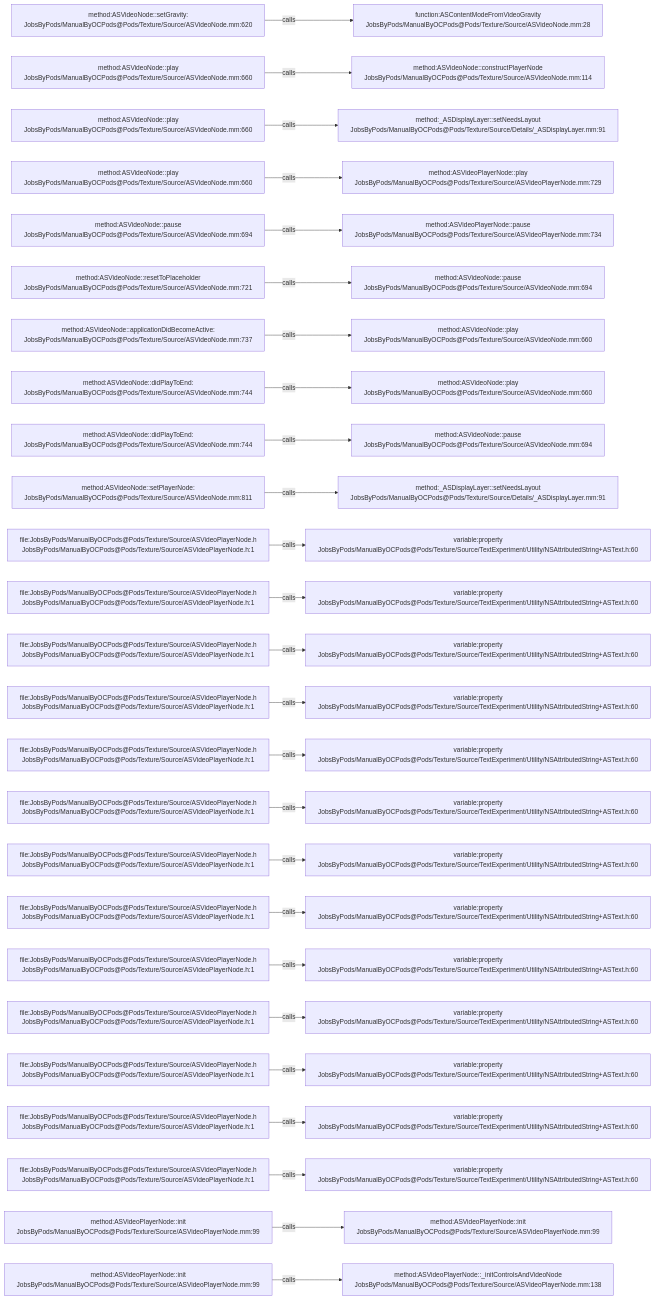
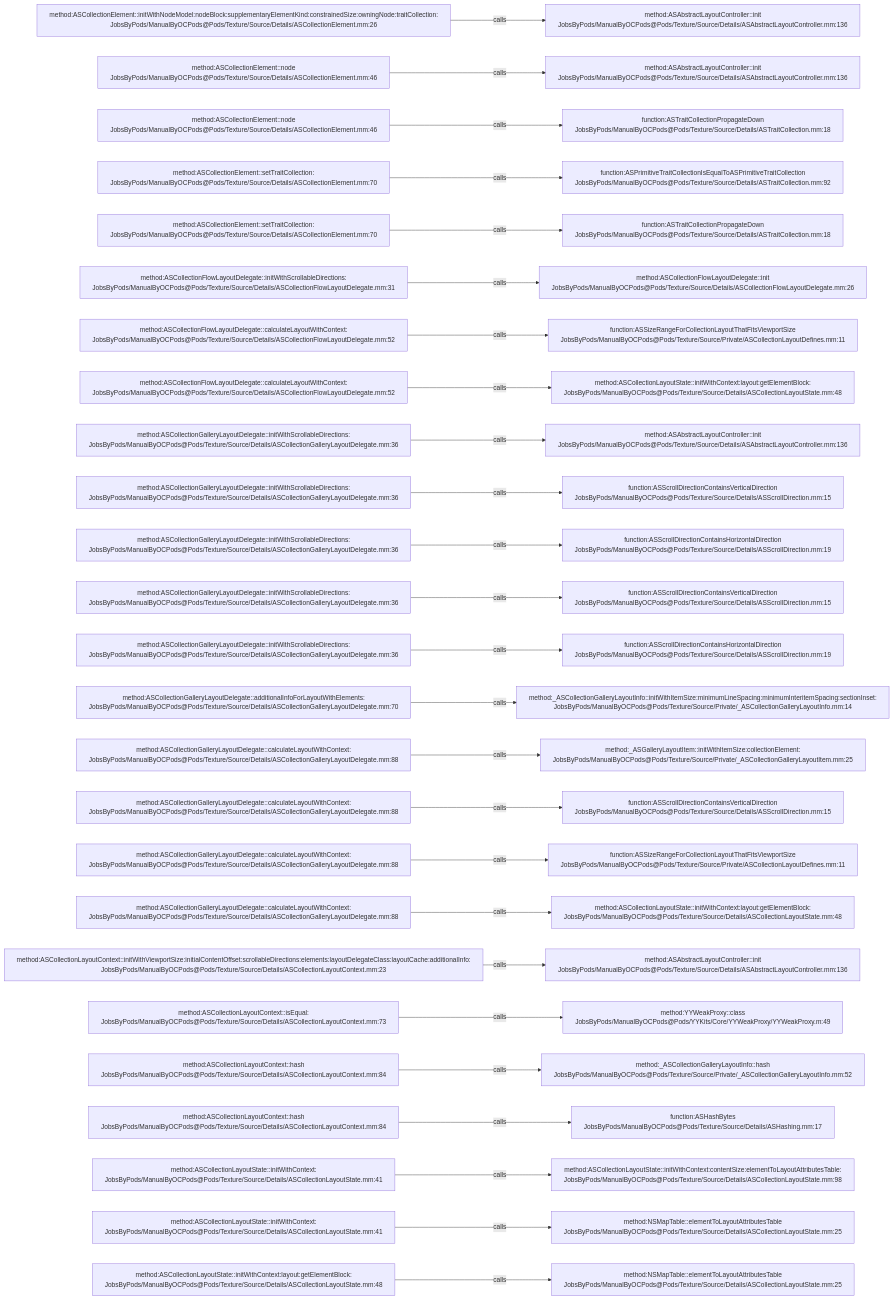
Before and after one commit to JobsKits/JobsOCBaseConfigDemo: the diagram in .codegraph/codegraph.md/graphs/calls-136.md, drawn with Mermaid. The commit also changed 2723 other files, not shown here.

````diff
--- a/.codegraph/codegraph.md/graphs/calls-136.md
+++ b/.codegraph/codegraph.md/graphs/calls-136.md
@@ -13,78 +13,78 @@
 ```mermaid
 flowchart LR
-  S1["method:ASVideoNode::setGravity:<br/>JobsByPods/ManualByOCPods@Pods/Texture/Source/ASVideoNode.mm:620"]
-  T1["function:ASContentModeFromVideoGravity<br/>JobsByPods/ManualByOCPods@Pods/Texture/Source/ASVideoNode.mm:28"]
+  S1["method:ASCollectionElement::initWithNodeModel:nodeBlock:supplementaryElementKind:constrainedSize:owningNode:traitCollection:<br/>JobsByPods/ManualByOCPods@Pods/Texture/Source/Details/ASCollectionElement.mm:26"]
+  T1["method:ASAbstractLayoutController::init<br/>JobsByPods/ManualByOCPods@Pods/Texture/Source/Details/ASAbstractLayoutController.mm:136"]
   S1 -->|calls| T1
-  S2["method:ASVideoNode::play<br/>JobsByPods/ManualByOCPods@Pods/Texture/Source/ASVideoNode.mm:660"]
-  T2["method:ASVideoNode::constructPlayerNode<br/>JobsByPods/ManualByOCPods@Pods/Texture/Source/ASVideoNode.mm:114"]
+  S2["method:ASCollectionElement::node<br/>JobsByPods/ManualByOCPods@Pods/Texture/Source/Details/ASCollectionElement.mm:46"]
+  T2["method:ASAbstractLayoutController::init<br/>JobsByPods/ManualByOCPods@Pods/Texture/Source/Details/ASAbstractLayoutController.mm:136"]
   S2 -->|calls| T2
-  S3["method:ASVideoNode::play<br/>JobsByPods/ManualByOCPods@Pods/Texture/Source/ASVideoNode.mm:660"]
-  T3["method:_ASDisplayLayer::setNeedsLayout<br/>JobsByPods/ManualByOCPods@Pods/Texture/Source/Details/_ASDisplayLayer.mm:91"]
+  S3["method:ASCollectionElement::node<br/>JobsByPods/ManualByOCPods@Pods/Texture/Source/Details/ASCollectionElement.mm:46"]
+  T3["function:ASTraitCollectionPropagateDown<br/>JobsByPods/ManualByOCPods@Pods/Texture/Source/Details/ASTraitCollection.mm:18"]
   S3 -->|calls| T3
-  S4["method:ASVideoNode::play<br/>JobsByPods/ManualByOCPods@Pods/Texture/Source/ASVideoNode.mm:660"]
-  T4["method:ASVideoPlayerNode::play<br/>JobsByPods/ManualByOCPods@Pods/Texture/Source/ASVideoPlayerNode.mm:729"]
+  S4["method:ASCollectionElement::setTraitCollection:<br/>JobsByPods/ManualByOCPods@Pods/Texture/Source/Details/ASCollectionElement.mm:70"]
+  T4["function:ASPrimitiveTraitCollectionIsEqualToASPrimitiveTraitCollection<br/>JobsByPods/ManualByOCPods@Pods/Texture/Source/Details/ASTraitCollection.mm:92"]
   S4 -->|calls| T4
-  S5["method:ASVideoNode::pause<br/>JobsByPods/ManualByOCPods@Pods/Texture/Source/ASVideoNode.mm:694"]
-  T5["method:ASVideoPlayerNode::pause<br/>JobsByPods/ManualByOCPods@Pods/Texture/Source/ASVideoPlayerNode.mm:734"]
+  S5["method:ASCollectionElement::setTraitCollection:<br/>JobsByPods/ManualByOCPods@Pods/Texture/Source/Details/ASCollectionElement.mm:70"]
+  T5["function:ASTraitCollectionPropagateDown<br/>JobsByPods/ManualByOCPods@Pods/Texture/Source/Details/ASTraitCollection.mm:18"]
   S5 -->|calls| T5
-  S6["method:ASVideoNode::resetToPlaceholder<br/>JobsByPods/ManualByOCPods@Pods/Texture/Source/ASVideoNode.mm:721"]
-  T6["method:ASVideoNode::pause<br/>JobsByPods/ManualByOCPods@Pods/Texture/Source/ASVideoNode.mm:694"]
+  S6["method:ASCollectionFlowLayoutDelegate::initWithScrollableDirections:<br/>JobsByPods/ManualByOCPods@Pods/Texture/Source/Details/ASCollectionFlowLayoutDelegate.mm:31"]
+  T6["method:ASCollectionFlowLayoutDelegate::init<br/>JobsByPods/ManualByOCPods@Pods/Texture/Source/Details/ASCollectionFlowLayoutDelegate.mm:26"]
   S6 -->|calls| T6
-  S7["method:ASVideoNode::applicationDidBecomeActive:<br/>JobsByPods/ManualByOCPods@Pods/Texture/Source/ASVideoNode.mm:737"]
-  T7["method:ASVideoNode::play<br/>JobsByPods/ManualByOCPods@Pods/Texture/Source/ASVideoNode.mm:660"]
+  S7["method:ASCollectionFlowLayoutDelegate::calculateLayoutWithContext:<br/>JobsByPods/ManualByOCPods@Pods/Texture/Source/Details/ASCollectionFlowLayoutDelegate.mm:52"]
+  T7["function:ASSizeRangeForCollectionLayoutThatFitsViewportSize<br/>JobsByPods/ManualByOCPods@Pods/Texture/Source/Private/ASCollectionLayoutDefines.mm:11"]
   S7 -->|calls| T7
-  S8["method:ASVideoNode::didPlayToEnd:<br/>JobsByPods/ManualByOCPods@Pods/Texture/Source/ASVideoNode.mm:744"]
-  T8["method:ASVideoNode::play<br/>JobsByPods/ManualByOCPods@Pods/Texture/Source/ASVideoNode.mm:660"]
+  S8["method:ASCollectionFlowLayoutDelegate::calculateLayoutWithContext:<br/>JobsByPods/ManualByOCPods@Pods/Texture/Source/Details/ASCollectionFlowLayoutDelegate.mm:52"]
+  T8["method:ASCollectionLayoutState::initWithContext:layout:getElementBlock:<br/>JobsByPods/ManualByOCPods@Pods/Texture/Source/Details/ASCollectionLayoutState.mm:48"]
   S8 -->|calls| T8
-  S9["method:ASVideoNode::didPlayToEnd:<br/>JobsByPods/ManualByOCPods@Pods/Texture/Source/ASVideoNode.mm:744"]
-  T9["method:ASVideoNode::pause<br/>JobsByPods/ManualByOCPods@Pods/Texture/Source/ASVideoNode.mm:694"]
+  S9["method:ASCollectionGalleryLayoutDelegate::initWithScrollableDirections:<br/>JobsByPods/ManualByOCPods@Pods/Texture/Source/Details/ASCollectionGalleryLayoutDelegate.mm:36"]
+  T9["method:ASAbstractLayoutController::init<br/>JobsByPods/ManualByOCPods@Pods/Texture/Source/Details/ASAbstractLayoutController.mm:136"]
   S9 -->|calls| T9
-  S10["method:ASVideoNode::setPlayerNode:<br/>JobsByPods/ManualByOCPods@Pods/Texture/Source/ASVideoNode.mm:811"]
-  T10["method:_ASDisplayLayer::setNeedsLayout<br/>JobsByPods/ManualByOCPods@Pods/Texture/Source/Details/_ASDisplayLayer.mm:91"]
+  S10["method:ASCollectionGalleryLayoutDelegate::initWithScrollableDirections:<br/>JobsByPods/ManualByOCPods@Pods/Texture/Source/Details/ASCollectionGalleryLayoutDelegate.mm:36"]
+  T10["function:ASScrollDirectionContainsVerticalDirection<br/>JobsByPods/ManualByOCPods@Pods/Texture/Source/Details/ASScrollDirection.mm:15"]
   S10 -->|calls| T10
-  S11["file:JobsByPods/ManualByOCPods@Pods/Texture/Source/ASVideoPlayerNode.h<br/>JobsByPods/ManualByOCPods@Pods/Texture/Source/ASVideoPlayerNode.h:1"]
-  T11["variable:property<br/>JobsByPods/ManualByOCPods@Pods/Texture/Source/TextExperiment/Utility/NSAttributedString+ASText.h:60"]
+  S11["method:ASCollectionGalleryLayoutDelegate::initWithScrollableDirections:<br/>JobsByPods/ManualByOCPods@Pods/Texture/Source/Details/ASCollectionGalleryLayoutDelegate.mm:36"]
+  T11["function:ASScrollDirectionContainsHorizontalDirection<br/>JobsByPods/ManualByOCPods@Pods/Texture/Source/Details/ASScrollDirection.mm:19"]
   S11 -->|calls| T11
-  S12["file:JobsByPods/ManualByOCPods@Pods/Texture/Source/ASVideoPlayerNode.h<br/>JobsByPods/ManualByOCPods@Pods/Texture/Source/ASVideoPlayerNode.h:1"]
-  T12["variable:property<br/>JobsByPods/ManualByOCPods@Pods/Texture/Source/TextExperiment/Utility/NSAttributedString+ASText.h:60"]
+  S12["method:ASCollectionGalleryLayoutDelegate::initWithScrollableDirections:<br/>JobsByPods/ManualByOCPods@Pods/Texture/Source/Details/ASCollectionGalleryLayoutDelegate.mm:36"]
+  T12["function:ASScrollDirectionContainsVerticalDirection<br/>JobsByPods/ManualByOCPods@Pods/Texture/Source/Details/ASScrollDirection.mm:15"]
   S12 -->|calls| T12
-  S13["file:JobsByPods/ManualByOCPods@Pods/Texture/Source/ASVideoPlayerNode.h<br/>JobsByPods/ManualByOCPods@Pods/Texture/Source/ASVideoPlayerNode.h:1"]
-  T13["variable:property<br/>JobsByPods/ManualByOCPods@Pods/Texture/Source/TextExperiment/Utility/NSAttributedString+ASText.h:60"]
+  S13["method:ASCollectionGalleryLayoutDelegate::initWithScrollableDirections:<br/>JobsByPods/ManualByOCPods@Pods/Texture/Source/Details/ASCollectionGalleryLayoutDelegate.mm:36"]
+  T13["function:ASScrollDirectionContainsHorizontalDirection<br/>JobsByPods/ManualByOCPods@Pods/Texture/Source/Details/ASScrollDirection.mm:19"]
   S13 -->|calls| T13
-  S14["file:JobsByPods/ManualByOCPods@Pods/Texture/Source/ASVideoPlayerNode.h<br/>JobsByPods/ManualByOCPods@Pods/Texture/Source/ASVideoPlayerNode.h:1"]
-  T14["variable:property<br/>JobsByPods/ManualByOCPods@Pods/Texture/Source/TextExperiment/Utility/NSAttributedString+ASText.h:60"]
+  S14["method:ASCollectionGalleryLayoutDelegate::additionalInfoForLayoutWithElements:<br/>JobsByPods/ManualByOCPods@Pods/Texture/Source/Details/ASCollectionGalleryLayoutDelegate.mm:70"]
+  T14["method:_ASCollectionGalleryLayoutInfo::initWithItemSize:minimumLineSpacing:minimumInteritemSpacing:sectionInset:<br/>JobsByPods/ManualByOCPods@Pods/Texture/Source/Private/_ASCollectionGalleryLayoutInfo.mm:14"]
   S14 -->|calls| T14
-  S15["file:JobsByPods/ManualByOCPods@Pods/Texture/Source/ASVideoPlayerNode.h<br/>JobsByPods/ManualByOCPods@Pods/Texture/Source/ASVideoPlayerNode.h:1"]
-  T15["variable:property<br/>JobsByPods/ManualByOCPods@Pods/Texture/Source/TextExperiment/Utility/NSAttributedString+ASText.h:60"]
+  S15["method:ASCollectionGalleryLayoutDelegate::calculateLayoutWithContext:<br/>JobsByPods/ManualByOCPods@Pods/Texture/Source/Details/ASCollectionGalleryLayoutDelegate.mm:88"]
+  T15["method:_ASGalleryLayoutItem::initWithItemSize:collectionElement:<br/>JobsByPods/ManualByOCPods@Pods/Texture/Source/Private/_ASCollectionGalleryLayoutItem.mm:25"]
   S15 -->|calls| T15
-  S16["file:JobsByPods/ManualByOCPods@Pods/Texture/Source/ASVideoPlayerNode.h<br/>JobsByPods/ManualByOCPods@Pods/Texture/Source/ASVideoPlayerNode.h:1"]
-  T16["variable:property<br/>JobsByPods/ManualByOCPods@Pods/Texture/Source/TextExperiment/Utility/NSAttributedString+ASText.h:60"]
+  S16["method:ASCollectionGalleryLayoutDelegate::calculateLayoutWithContext:<br/>JobsByPods/ManualByOCPods@Pods/Texture/Source/Details/ASCollectionGalleryLayoutDelegate.mm:88"]
+  T16["function:ASScrollDirectionContainsVerticalDirection<br/>JobsByPods/ManualByOCPods@Pods/Texture/Source/Details/ASScrollDirection.mm:15"]
   S16 -->|calls| T16
-  S17["file:JobsByPods/ManualByOCPods@Pods/Texture/Source/ASVideoPlayerNode.h<br/>JobsByPods/ManualByOCPods@Pods/Texture/Source/ASVideoPlayerNode.h:1"]
-  T17["variable:property<br/>JobsByPods/ManualByOCPods@Pods/Texture/Source/TextExperiment/Utility/NSAttributedString+ASText.h:60"]
+  S17["method:ASCollectionGalleryLayoutDelegate::calculateLayoutWithContext:<br/>JobsByPods/ManualByOCPods@Pods/Texture/Source/Details/ASCollectionGalleryLayoutDelegate.mm:88"]
+  T17["function:ASSizeRangeForCollectionLayoutThatFitsViewportSize<br/>JobsByPods/ManualByOCPods@Pods/Texture/Source/Private/ASCollectionLayoutDefines.mm:11"]
   S17 -->|calls| T17
-  S18["file:JobsByPods/ManualByOCPods@Pods/Texture/Source/ASVideoPlayerNode.h<br/>JobsByPods/ManualByOCPods@Pods/Texture/Source/ASVideoPlayerNode.h:1"]
-  T18["variable:property<br/>JobsByPods/ManualByOCPods@Pods/Texture/Source/TextExperiment/Utility/NSAttributedString+ASText.h:60"]
+  S18["method:ASCollectionGalleryLayoutDelegate::calculateLayoutWithContext:<br/>JobsByPods/ManualByOCPods@Pods/Texture/Source/Details/ASCollectionGalleryLayoutDelegate.mm:88"]
+  T18["method:ASCollectionLayoutState::initWithContext:layout:getElementBlock:<br/>JobsByPods/ManualByOCPods@Pods/Texture/Source/Details/ASCollectionLayoutState.mm:48"]
   S18 -->|calls| T18
-  S19["file:JobsByPods/ManualByOCPods@Pods/Texture/Source/ASVideoPlayerNode.h<br/>JobsByPods/ManualByOCPods@Pods/Texture/Source/ASVideoPlayerNode.h:1"]
-  T19["variable:property<br/>JobsByPods/ManualByOCPods@Pods/Texture/Source/TextExperiment/Utility/NSAttributedString+ASText.h:60"]
+  S19["method:ASCollectionLayoutContext::initWithViewportSize:initialContentOffset:scrollableDirections:elements:layoutDelegateClass:layoutCache:additionalInfo:<br/>JobsByPods/ManualByOCPods@Pods/Texture/Source/Details/ASCollectionLayoutContext.mm:23"]
+  T19["method:ASAbstractLayoutController::init<br/>JobsByPods/ManualByOCPods@Pods/Texture/Source/Details/ASAbstractLayoutController.mm:136"]
   S19 -->|calls| T19
-  S20["file:JobsByPods/ManualByOCPods@Pods/Texture/Source/ASVideoPlayerNode.h<br/>JobsByPods/ManualByOCPods@Pods/Texture/Source/ASVideoPlayerNode.h:1"]
-  T20["variable:property<br/>JobsByPods/ManualByOCPods@Pods/Texture/Source/TextExperiment/Utility/NSAttributedString+ASText.h:60"]
+  S20["method:ASCollectionLayoutContext::isEqual:<br/>JobsByPods/ManualByOCPods@Pods/Texture/Source/Details/ASCollectionLayoutContext.mm:73"]
+  T20["method:YYWeakProxy::class<br/>JobsByPods/ManualByOCPods@Pods/YYKits/Core/YYWeakProxy/YYWeakProxy.m:49"]
   S20 -->|calls| T20
-  S21["file:JobsByPods/ManualByOCPods@Pods/Texture/Source/ASVideoPlayerNode.h<br/>JobsByPods/ManualByOCPods@Pods/Texture/Source/ASVideoPlayerNode.h:1"]
-  T21["variable:property<br/>JobsByPods/ManualByOCPods@Pods/Texture/Source/TextExperiment/Utility/NSAttributedString+ASText.h:60"]
+  S21["method:ASCollectionLayoutContext::hash<br/>JobsByPods/ManualByOCPods@Pods/Texture/Source/Details/ASCollectionLayoutContext.mm:84"]
+  T21["method:_ASCollectionGalleryLayoutInfo::hash<br/>JobsByPods/ManualByOCPods@Pods/Texture/Source/Private/_ASCollectionGalleryLayoutInfo.mm:52"]
   S21 -->|calls| T21
-  S22["file:JobsByPods/ManualByOCPods@Pods/Texture/Source/ASVideoPlayerNode.h<br/>JobsByPods/ManualByOCPods@Pods/Texture/Source/ASVideoPlayerNode.h:1"]
-  T22["variable:property<br/>JobsByPods/ManualByOCPods@Pods/Texture/Source/TextExperiment/Utility/NSAttributedString+ASText.h:60"]
+  S22["method:ASCollectionLayoutContext::hash<br/>JobsByPods/ManualByOCPods@Pods/Texture/Source/Details/ASCollectionLayoutContext.mm:84"]
+  T22["function:ASHashBytes<br/>JobsByPods/ManualByOCPods@Pods/Texture/Source/Details/ASHashing.mm:17"]
   S22 -->|calls| T22
-  S23["file:JobsByPods/ManualByOCPods@Pods/Texture/Source/ASVideoPlayerNode.h<br/>JobsByPods/ManualByOCPods@Pods/Texture/Source/ASVideoPlayerNode.h:1"]
-  T23["variable:property<br/>JobsByPods/ManualByOCPods@Pods/Texture/Source/TextExperiment/Utility/NSAttributedString+ASText.h:60"]
+  S23["method:ASCollectionLayoutState::initWithContext:<br/>JobsByPods/ManualByOCPods@Pods/Texture/Source/Details/ASCollectionLayoutState.mm:41"]
+  T23["method:ASCollectionLayoutState::initWithContext:contentSize:elementToLayoutAttributesTable:<br/>JobsByPods/ManualByOCPods@Pods/Texture/Source/Details/ASCollectionLayoutState.mm:98"]
   S23 -->|calls| T23
-  S24["method:ASVideoPlayerNode::init<br/>JobsByPods/ManualByOCPods@Pods/Texture/Source/ASVideoPlayerNode.mm:99"]
-  T24["method:ASVideoPlayerNode::init<br/>JobsByPods/ManualByOCPods@Pods/Texture/Source/ASVideoPlayerNode.mm:99"]
+  S24["method:ASCollectionLayoutState::initWithContext:<br/>JobsByPods/ManualByOCPods@Pods/Texture/Source/Details/ASCollectionLayoutState.mm:41"]
+  T24["method:NSMapTable::elementToLayoutAttributesTable<br/>JobsByPods/ManualByOCPods@Pods/Texture/Source/Details/ASCollectionLayoutState.mm:25"]
   S24 -->|calls| T24
-  S25["method:ASVideoPlayerNode::init<br/>JobsByPods/ManualByOCPods@Pods/Texture/Source/ASVideoPlayerNode.mm:99"]
-  T25["method:ASVideoPlayerNode::_initControlsAndVideoNode<br/>JobsByPods/ManualByOCPods@Pods/Texture/Source/ASVideoPlayerNode.mm:138"]
+  S25["method:ASCollectionLayoutState::initWithContext:layout:getElementBlock:<br/>JobsByPods/ManualByOCPods@Pods/Texture/Source/Details/ASCollectionLayoutState.mm:48"]
+  T25["method:NSMapTable::elementToLayoutAttributesTable<br/>JobsByPods/ManualByOCPods@Pods/Texture/Source/Details/ASCollectionLayoutState.mm:25"]
   S25 -->|calls| T25
 ```
````
